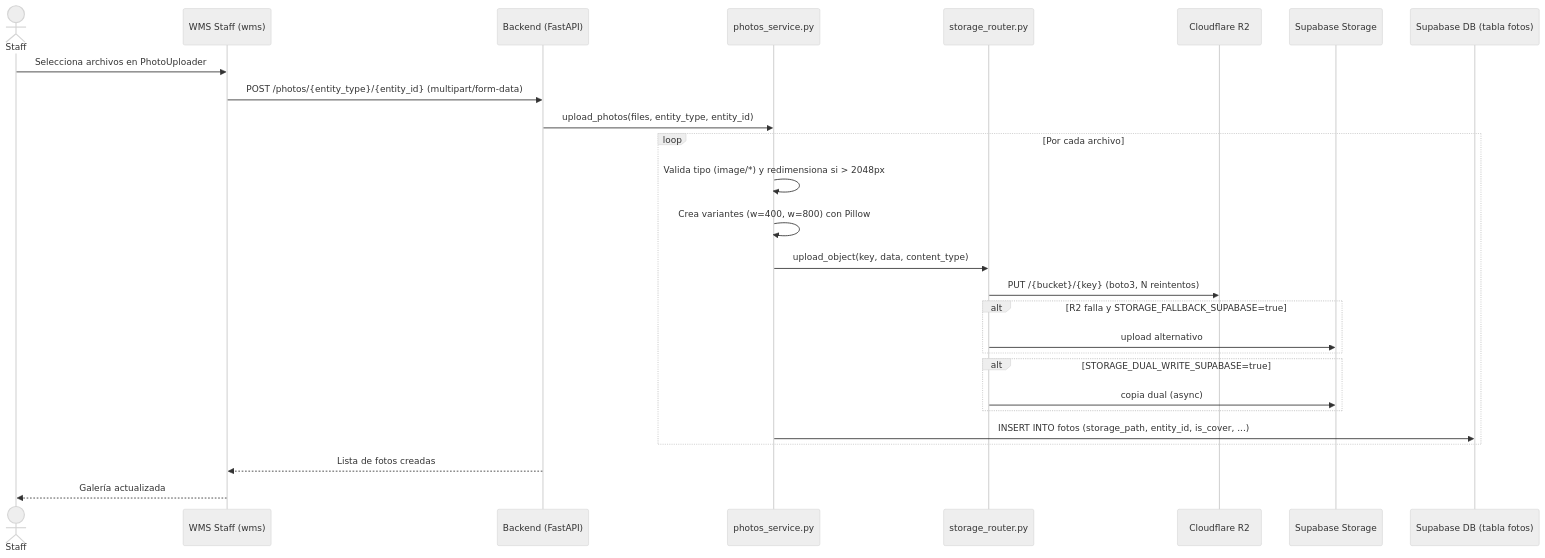
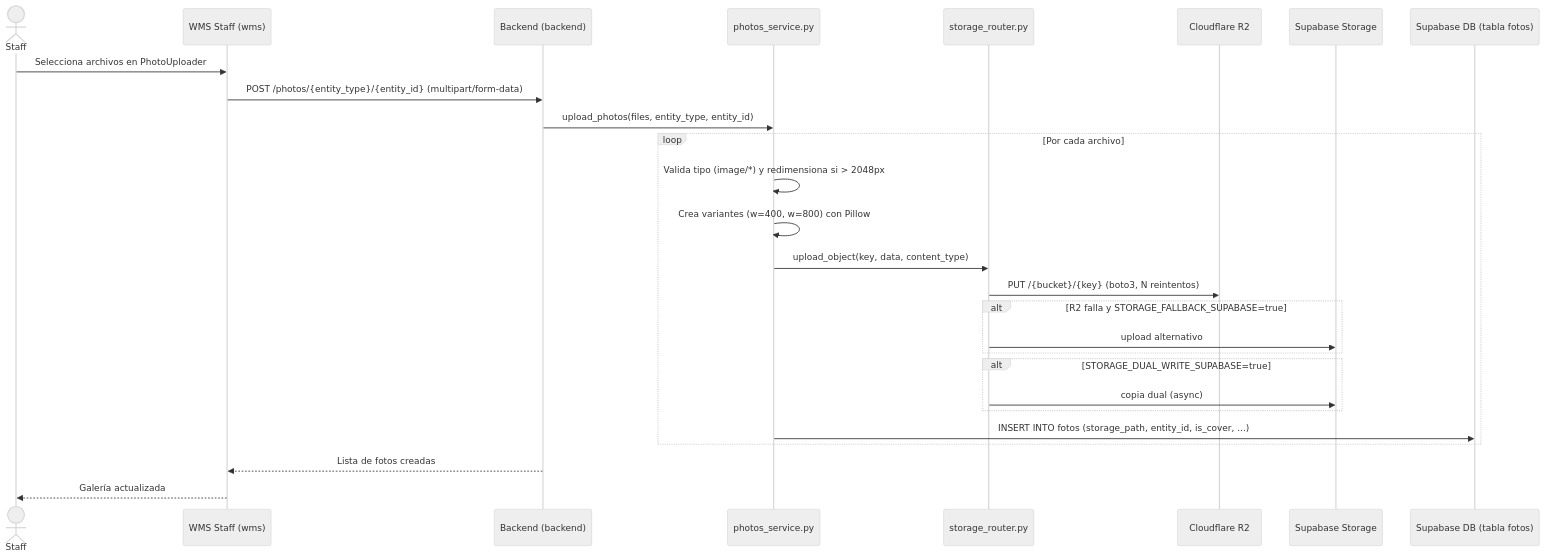
One commit to felicanales/CactarioCasaMolle changed the ninth of 9 diagrams in docs/architecture.md. Above: the diagram before and after it, drawn with Mermaid (neutral theme). The commit also changed other lines of this file, not shown here.

Commit message:
refactor(architecture): enhance clarity and detail in system architecture documentation

````diff
--- a/docs/architecture.md
+++ b/docs/architecture.md
@@ -239,32 +309,32 @@
 ```mermaid
 sequenceDiagram
   actor Staff
   participant WMS as WMS Staff (wms)
-  participant API as Backend (FastAPI)
+  participant API as Backend (backend)
   participant Photos as photos_service.py
   participant Storage as storage_router.py
   participant R2 as Cloudflare R2
   participant Supabase_S as Supabase Storage
   participant DB as Supabase DB (tabla fotos)
 
   Staff->>WMS: Selecciona archivos en PhotoUploader
   WMS->>API: POST /photos/{entity_type}/{entity_id} (multipart/form-data)
   API->>Photos: upload_photos(files, entity_type, entity_id)
 
   loop Por cada archivo
     Photos->>Photos: Valida tipo (image/*) y redimensiona si > 2048px
     Photos->>Photos: Crea variantes (w=400, w=800) con Pillow
     Photos->>Storage: upload_object(key, data, content_type)
     Storage->>R2: PUT /{bucket}/{key} (boto3, N reintentos)
     alt R2 falla y STORAGE_FALLBACK_SUPABASE=true
       Storage->>Supabase_S: upload alternativo
     end
     alt STORAGE_DUAL_WRITE_SUPABASE=true
       Storage->>Supabase_S: copia dual (async)
     end
     Photos->>DB: INSERT INTO fotos (storage_path, entity_id, is_cover, ...)
   end
 
   API-->>WMS: Lista de fotos creadas
   WMS-->>Staff: Galería actualizada
 ```
````
